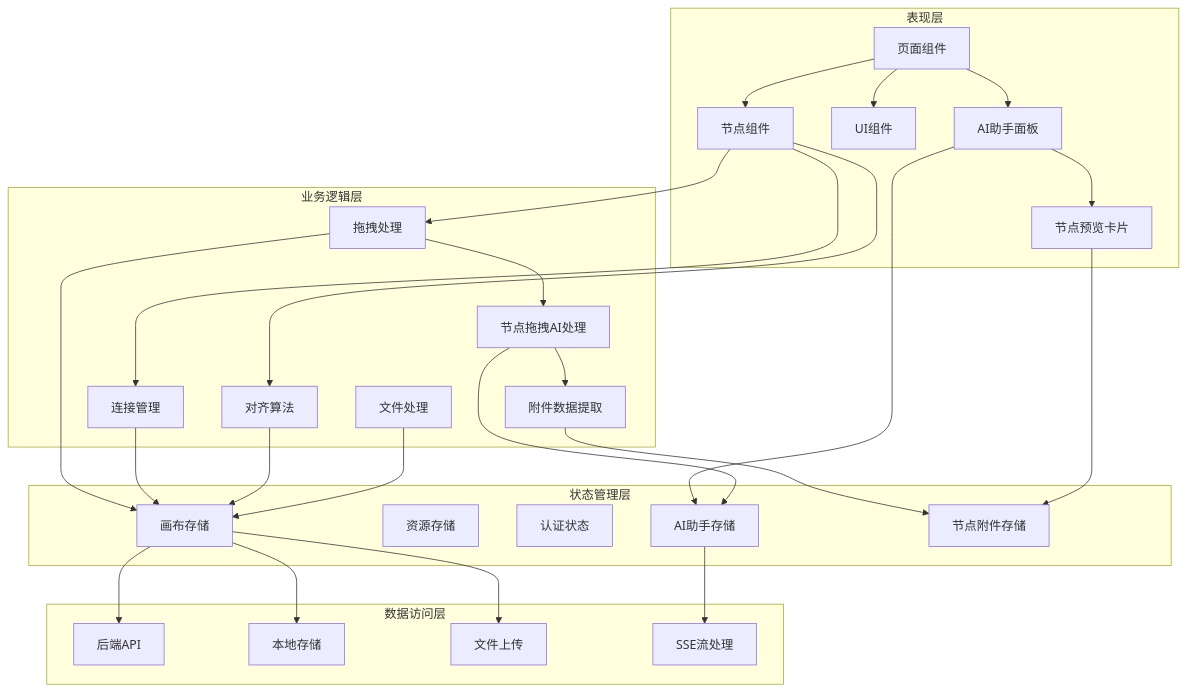
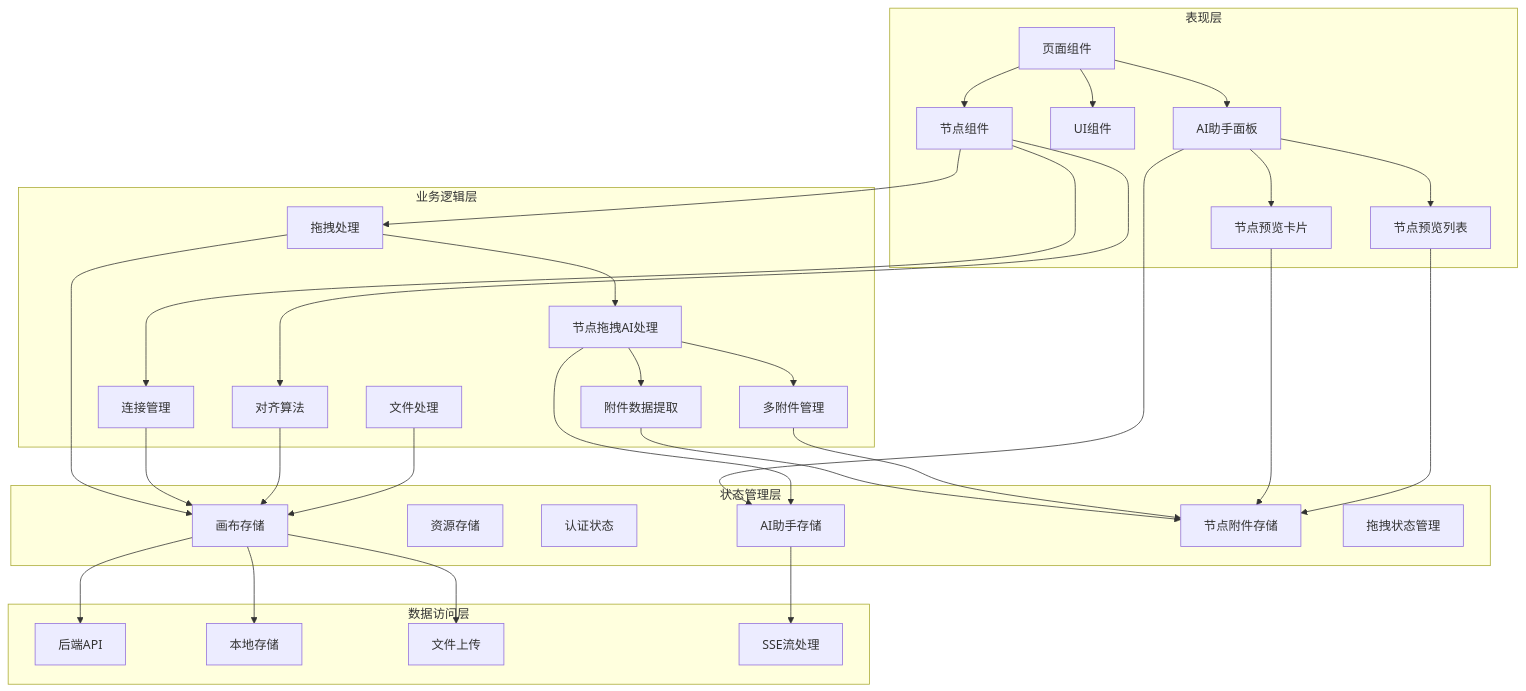
The third of 21 diagrams in .qoder/repowiki/zh/content/Canvas Drag Drop Enhancements.md (KunLabAI/KunFlix), drawn with Mermaid before and after one commit. The commit also changed other lines of this file and 14 other files, not shown here.

First line of the commit message:
feat(ai): 支持多图片拖拽到AI面板功能

````diff
--- a/.qoder/repowiki/zh/content/Canvas Drag Drop Enhancements.md
+++ b/.qoder/repowiki/zh/content/Canvas Drag Drop Enhancements.md
@@ -173,52 +179,59 @@
 ```mermaid
 graph TD
 subgraph "表现层"
 A[页面组件]
 B[节点组件]
 C[UI组件]
 D[AI助手面板]
 E[节点预览卡片]
+F[节点预览列表]
 end
 subgraph "业务逻辑层"
-F[拖拽处理]
-G[连接管理]
-H[对齐算法]
-I[文件处理]
-J[节点拖拽AI处理]
-K[附件数据提取]
+G[拖拽处理]
+H[连接管理]
+I[对齐算法]
+J[文件处理]
+K[节点拖拽AI处理]
+L[附件数据提取]
+M[多附件管理]
 end
 subgraph "状态管理层"
-L[画布存储]
-M[资源存储]
-N[认证状态]
-O[AI助手存储]
-P[节点附件存储]
+N[画布存储]
+O[资源存储]
+P[认证状态]
+Q[AI助手存储]
+R[节点附件存储]
+S[拖拽状态管理]
 end
 subgraph "数据访问层"
-Q[后端API]
-R[本地存储]
-S[文件上传]
-T[SSE流处理]
+T[后端API]
+U[本地存储]
+V[文件上传]
+W[SSE流处理]
 end
 A --> B
 A --> C
 A --> D
-B --> F
 B --> G
 B --> H
-F --> J
-J --> K
-K --> P
+B --> I
+G --> K
+K --> L
+L --> R
+K --> M
+M --> R
 D --> E
-D --> O
-E --> P
-F --> L
-G --> L
-H --> L
-I --> L
-J --> O
-O --> T
-L --> Q
-L --> R
-L --> S
+D --> F
+D --> Q
+E --> R
+F --> R
+G --> N
+H --> N
+I --> N
+J --> N
+K --> Q
+Q --> W
+N --> T
+N --> U
+N --> V
 ```
````
